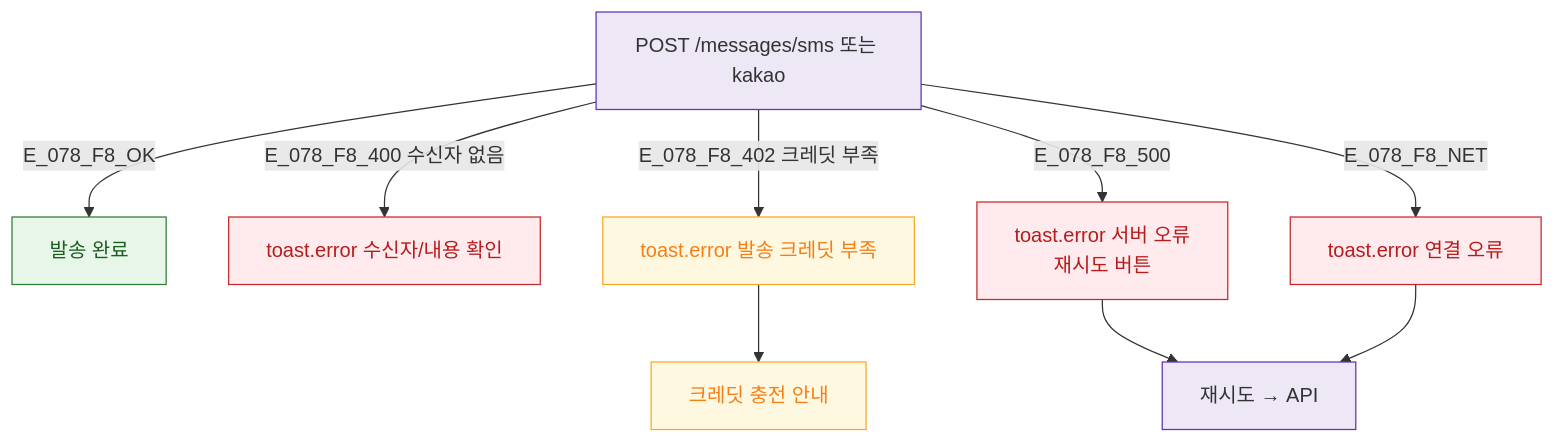
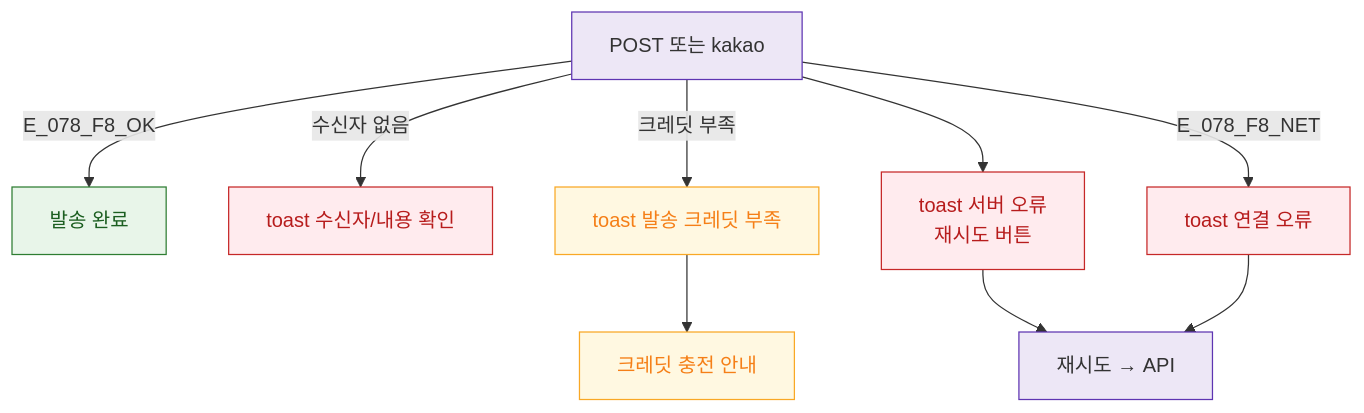
Before and after one commit to dev-spogym/admin-pando: the diagram in docs/다이어그램/D08_마케팅/SCR-078_SMS카카오발송/F8_에러예외복구.md, drawn with Mermaid. The commit also changed other lines of this file and 1660 other files, not shown here.

First line of the commit message:
다이어그램: 기획자/클라이언트 납품본으로 정리

````diff
--- a/docs/다이어그램/D08_마케팅/SCR-078_SMS카카오발송/F8_에러예외복구.md
+++ b/docs/다이어그램/D08_마케팅/SCR-078_SMS카카오발송/F8_에러예외복구.md
@@ -14,22 +12,22 @@
 ```mermaid
 flowchart TD
-  API[POST /messages/sms 또는 kakao] -->|E_078_F8_OK| SUCCESS[발송 완료]
-  API -->|E_078_F8_400 수신자 없음| ERR_400[toast.error 수신자/내용 확인]
-  API -->|E_078_F8_402 크레딧 부족| ERR_402[toast.error 발송 크레딧 부족]
-  API -->|E_078_F8_500| ERR_500[toast.error 서버 오류\n재시도 버튼]
-  API -->|E_078_F8_NET| ERR_NET[toast.error 연결 오류]
+  API[POST 또는 kakao] -->|E_078_F8_OK|SUCCESS[발송 완료]
+  API -->|수신자 없음|ERR_400[toast 수신자/내용 확인]
+  API -->|크레딧 부족|ERR_402[toast 발송 크레딧 부족]
+  API --> ERR_500[toast 서버 오류\n재시도 버튼]
+  API -->|E_078_F8_NET|ERR_NET[toast 연결 오류]
 
   ERR_402 --> CHARGE[크레딧 충전 안내]
   ERR_500 --> RETRY[재시도 → API]
   ERR_NET --> RETRY
 
   classDef success fill:#E8F5E9,stroke:#2E7D32,color:#1B5E20
-  classDef error   fill:#FFEBEE,stroke:#C62828,color:#B71C1C
+  classDef error fill:#FFEBEE,stroke:#C62828,color:#B71C1C
   classDef warning fill:#FFF8E1,stroke:#F9A825,color:#F57F17
-  classDef system  fill:#EDE7F6,stroke:#5E35B2
+  classDef system fill:#EDE7F6,stroke:#5E35B2
 
   class SUCCESS success
   class ERR_400,ERR_500,ERR_NET error
   class ERR_402,CHARGE warning
   class API,RETRY system
 ```
````
